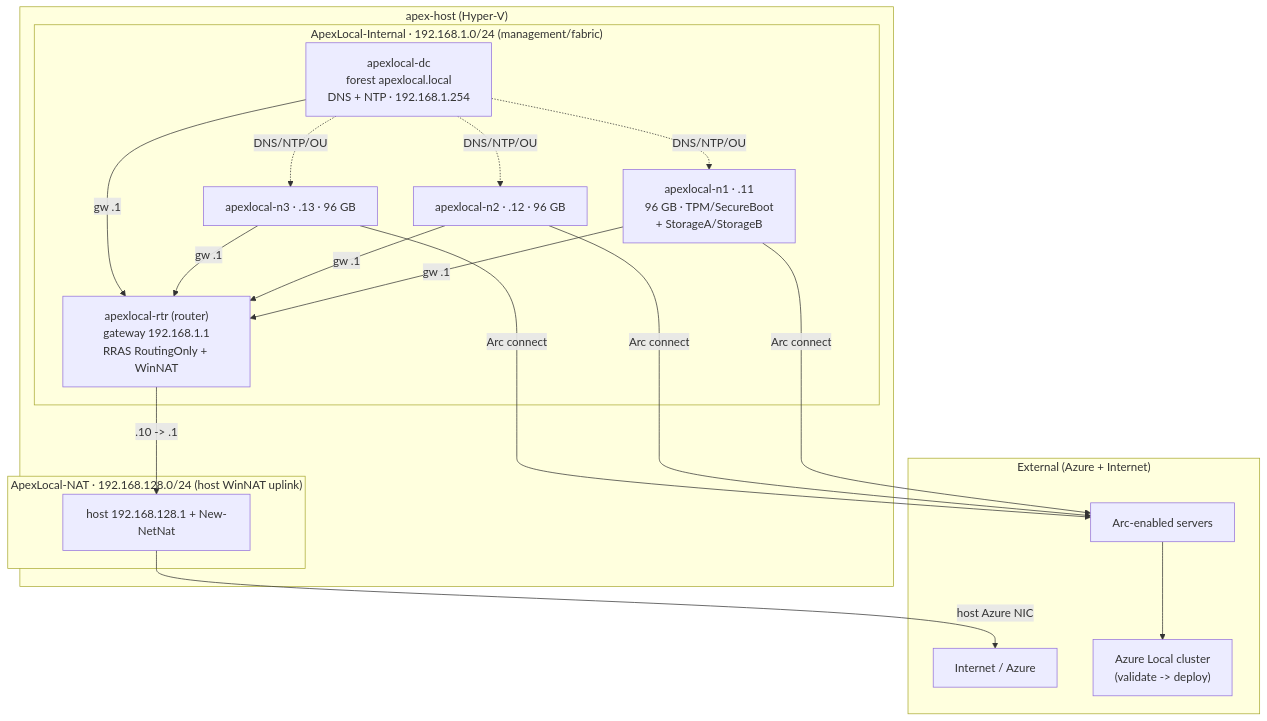
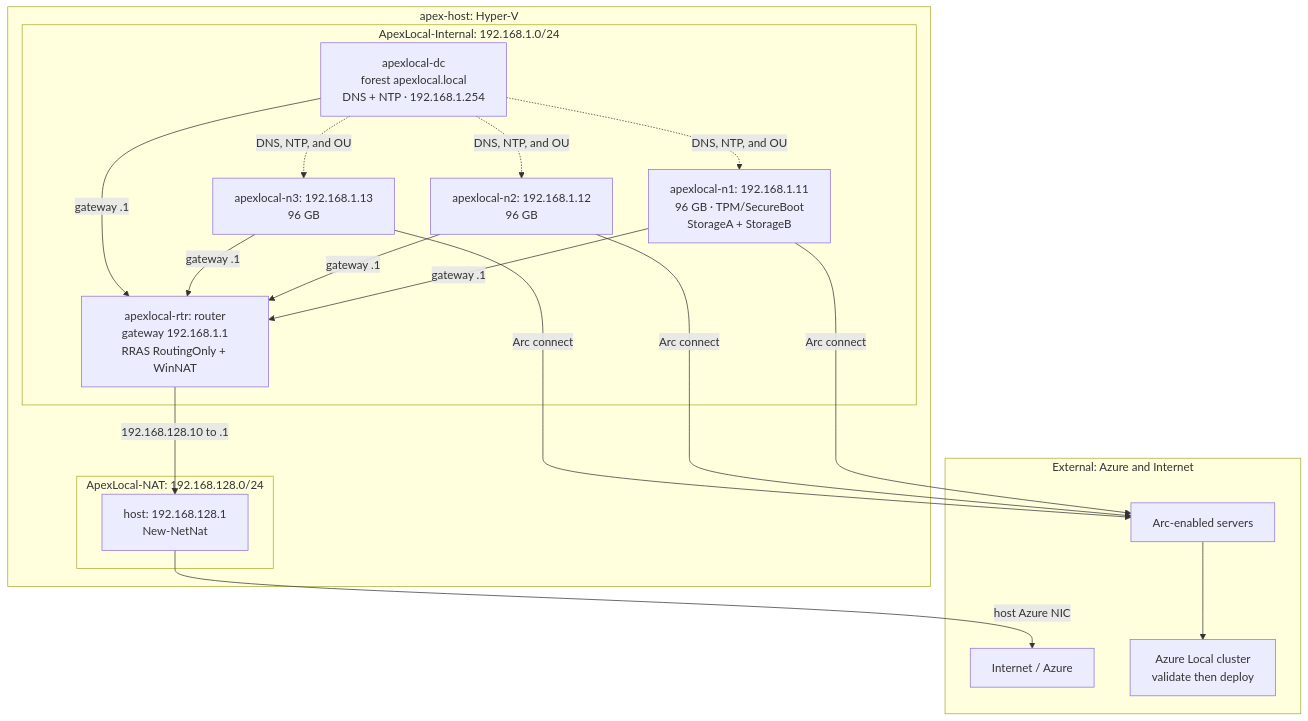
One commit to jonathan-vella/apex-localops changed the second of 3 diagrams in docs/selfhosted/overview.md. Above: the diagram before and after it, drawn with Mermaid. The commit also changed other lines of this file, not shown here.

Commit message:
Fix self-hosted Mermaid diagrams

````diff
--- a/docs/selfhosted/overview.md
+++ b/docs/selfhosted/overview.md
@@ -78,26 +80,34 @@
 ```mermaid
 flowchart TB
-    subgraph HOST["apex-host (Hyper-V)"]
-        subgraph SW1["ApexLocal-Internal · 192.168.1.0/24 (management/fabric)"]
-            RTR["apexlocal-rtr (router)<br/>gateway 192.168.1.1<br/>RRAS RoutingOnly + WinNAT"]
-            DC["apexlocal-dc<br/>forest apexlocal.local<br/>DNS + NTP · 192.168.1.254"]
-            N1["apexlocal-n1 · .11<br/>96 GB · TPM/SecureBoot<br/>+ StorageA/StorageB"]
-            N2["apexlocal-n2 · .12 · 96 GB"]
-            N3["apexlocal-n3 · .13 · 96 GB"]
+    subgraph HOST["apex-host: Hyper-V"]
+        subgraph INTERNAL["ApexLocal-Internal: 192.168.1.0/24"]
+            ROUTER["apexlocal-rtr: router<br>gateway 192.168.1.1<br>RRAS RoutingOnly + WinNAT"]
+            DC["apexlocal-dc<br>forest apexlocal.local<br>DNS + NTP · 192.168.1.254"]
+            NODE1["apexlocal-n1: 192.168.1.11<br>96 GB · TPM/SecureBoot<br>StorageA + StorageB"]
+            NODE2["apexlocal-n2: 192.168.1.12<br>96 GB"]
+            NODE3["apexlocal-n3: 192.168.1.13<br>96 GB"]
         end
-        subgraph SW2["ApexLocal-NAT · 192.168.128.0/24 (host WinNAT uplink)"]
-            HNAT["host 192.168.128.1 + New-NetNat"]
+        subgraph NAT_NETWORK["ApexLocal-NAT: 192.168.128.0/24"]
+            HOST_NAT["host: 192.168.128.1<br>New-NetNat"]
         end
     end
-    subgraph EXTERNAL["External (Azure + Internet)"]
-        INET["Internet / Azure"]
+    subgraph EXTERNAL["External: Azure and Internet"]
+        INTERNET["Internet / Azure"]
         ARC["Arc-enabled servers"]
-        CLUSTER["Azure Local cluster<br/>(validate -> deploy)"]
+        CLUSTER["Azure Local cluster<br>validate then deploy"]
     end
-    N1 & N2 & N3 -->|gw .1| RTR
-    DC -->|gw .1| RTR
-    RTR -->|.10 -> .1| HNAT -->|host Azure NIC| INET
-    N1 & N2 & N3 -->|Arc connect| ARC
+
+    NODE1 -->|"gateway .1"| ROUTER
+    NODE2 -->|"gateway .1"| ROUTER
+    NODE3 -->|"gateway .1"| ROUTER
+    DC -->|"gateway .1"| ROUTER
+    ROUTER -->|"192.168.128.10 to .1"| HOST_NAT
+    HOST_NAT -->|"host Azure NIC"| INTERNET
+    NODE1 -->|"Arc connect"| ARC
+    NODE2 -->|"Arc connect"| ARC
+    NODE3 -->|"Arc connect"| ARC
     ARC --> CLUSTER
-    DC -. DNS/NTP/OU .-> N1 & N2 & N3
+    DC -.->|"DNS, NTP, and OU"| NODE1
+    DC -.->|"DNS, NTP, and OU"| NODE2
+    DC -.->|"DNS, NTP, and OU"| NODE3
 ```
````
